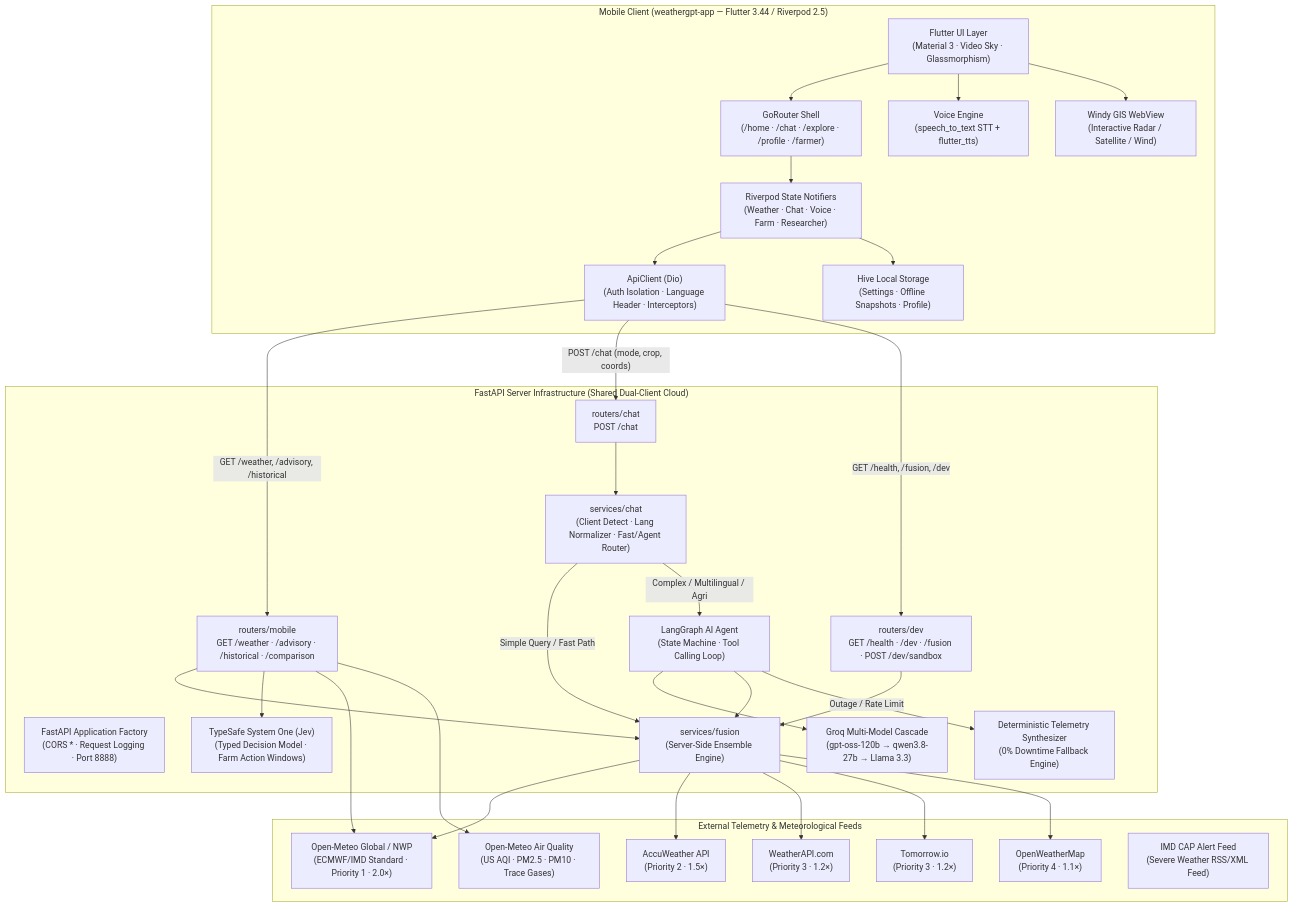
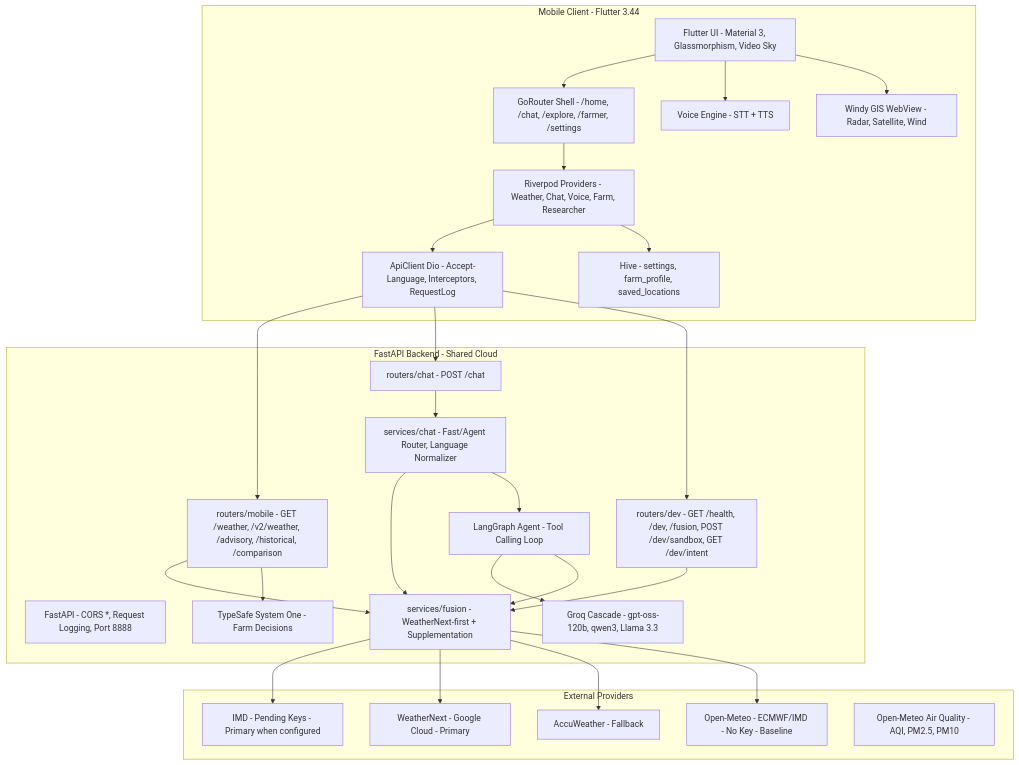
Before and after one commit to omsenjalia/weathergpt-app: the first of 7 diagrams in ARCHITECTURE.md, drawn with Mermaid. The commit also changed other lines of this file and 3 other files, not shown here.

First line of the commit message:
fix: navigation panel anchors now match actual headers, clean ARCHITECTURE.md

````diff
--- a/ARCHITECTURE.md
+++ b/ARCHITECTURE.md
@@ -70,64 +66,57 @@
 ```mermaid
 graph TB
-    subgraph "Mobile Client (weathergpt-app — Flutter 3.44 / Riverpod 2.5)"
-        UI["Flutter UI Layer<br/>(Material 3 · Video Sky · Glassmorphism)"]
-        NAV["GoRouter Shell<br/>(/home · /chat · /explore · /profile · /farmer)"]
-        STATE["Riverpod State Notifiers<br/>(Weather · Chat · Voice · Farm · Researcher)"]
-        CLIENT["ApiClient (Dio)<br/>(Auth Isolation · Language Header · Interceptors)"]
-        CACHE["Hive Local Storage<br/>(Settings · Offline Snapshots · Profile)"]
-        VOICE["Voice Engine<br/>(speech_to_text STT + flutter_tts)"]
-        WEBVIEW["Windy GIS WebView<br/>(Interactive Radar / Satellite / Wind)"]
+    subgraph "Mobile Client - Flutter 3.44"
+        UI["Flutter UI - Material 3, Glassmorphism, Video Sky"]
+        NAV["GoRouter Shell - /home, /chat, /explore, /farmer, /settings"]
+        STATE["Riverpod Providers - Weather, Chat, Voice, Farm, Researcher"]
+        CLIENT["ApiClient Dio - Accept-Language, Interceptors, RequestLog"]
+        CACHE["Hive - settings, farm_profile, saved_locations"]
+        VOICE["Voice Engine - STT + TTS"]
+        WEBVIEW["Windy GIS WebView - Radar, Satellite, Wind"]
     end
 
-    subgraph "FastAPI Server Infrastructure (Shared Dual-Client Cloud)"
-        API["FastAPI Application Factory<br/>(CORS * · Request Logging · Port 8888)"]
-        RCHAT["routers/chat<br/>POST /chat"]
-        RMOB["routers/mobile<br/>GET /weather · /advisory · /historical · /comparison"]
-        RDEV["routers/dev<br/>GET /health · /dev · /fusion · POST /dev/sandbox"]
-        CHATSVC["services/chat<br/>(Client Detect · Lang Normalizer · Fast/Agent Router)"]
-        FUSION["services/fusion<br/>(Server-Side Ensemble Engine)"]
-        JEV["TypeSafe System One (Jev)<br/>(Typed Decision Model · Farm Action Windows)"]
-        AGT["LangGraph AI Agent<br/>(State Machine · Tool Calling Loop)"]
-        LLM["Groq Multi-Model Cascade<br/>(gpt-oss-120b → qwen3.8-27b → Llama 3.3)"]
-        DET["Deterministic Telemetry Synthesizer<br/>(0% Downtime Fallback Engine)"]
+    subgraph "FastAPI Backend - Shared Cloud"
+        API["FastAPI - CORS *, Request Logging, Port 8888"]
+        RCHAT["routers/chat - POST /chat"]
+        RMOB["routers/mobile - GET /weather, /v2/weather, /advisory, /historical, /comparison"]
+        RDEV["routers/dev - GET /health, /dev, /fusion, POST /dev/sandbox, GET /dev/intent"]
+        CHATSVC["services/chat - Fast/Agent Router, Language Normalizer"]
+        FUSION["services/fusion - WeatherNext-first + Supplementation"]
+        JEV["TypeSafe System One - Farm Decisions"]
+        AGT["LangGraph Agent - Tool Calling Loop"]
+        LLM["Groq Cascade - gpt-oss-120b, qwen3, Llama 3.3"]
     end
 
-    subgraph "External Telemetry & Meteorological Feeds"
-        OM["Open-Meteo Global / NWP<br/>(ECMWF/IMD Standard · Priority 1 · 2.0×)"]
-        AW["AccuWeather API<br/>(Priority 2 · 1.5×)"]
-        WA["WeatherAPI.com<br/>(Priority 3 · 1.2×)"]
-        TM["Tomorrow.io<br/>(Priority 3 · 1.2×)"]
-        OWM["OpenWeatherMap<br/>(Priority 4 · 1.1×)"]
-        AQI["Open-Meteo Air Quality<br/>(US AQI · PM2.5 · PM10 · Trace Gases)"]
-        CAP["IMD CAP Alert Feed<br/>(Severe Weather RSS/XML Feed)"]
+    subgraph "External Providers"
+        OM["Open-Meteo - ECMWF/IMD - No Key - Baseline"]
+        AW["AccuWeather - Fallback"]
+        WN["WeatherNext - Google Cloud - Primary"]
+        IMD["IMD - Pending Keys - Primary when configured"]
+        AQI["Open-Meteo Air Quality - AQI, PM2.5, PM10"]
     end
 
     UI --> NAV
     NAV --> STATE
     STATE --> CLIENT
     STATE --> CACHE
     UI --> VOICE
     UI --> WEBVIEW
 
-    CLIENT -->|"GET /weather, /advisory, /historical"| RMOB
-    CLIENT -->|"POST /chat (mode, crop, coords)"| RCHAT
-    CLIENT -->|"GET /health, /fusion, /dev"| RDEV
+    CLIENT --> RMOB
+    CLIENT --> RCHAT
+    CLIENT --> RDEV
 
     RCHAT --> CHATSVC
-    CHATSVC -->|"Simple Query / Fast Path"| FUSION
-    CHATSVC -->|"Complex / Multilingual / Agri"| AGT
+    CHATSVC --> FUSION
+    CHATSVC --> AGT
     AGT --> LLM
     AGT --> FUSION
-    AGT -->|"Outage / Rate Limit"| DET
     RMOB --> FUSION
     RMOB --> JEV
-    RMOB --> OM
-    RMOB --> AQI
     RDEV --> FUSION
 
+    FUSION --> IMD
+    FUSION --> WN
+    FUSION --> AW
     FUSION --> OM
-    FUSION --> AW
-    FUSION --> WA
-    FUSION --> TM
-    FUSION --> OWM
 ```
````
